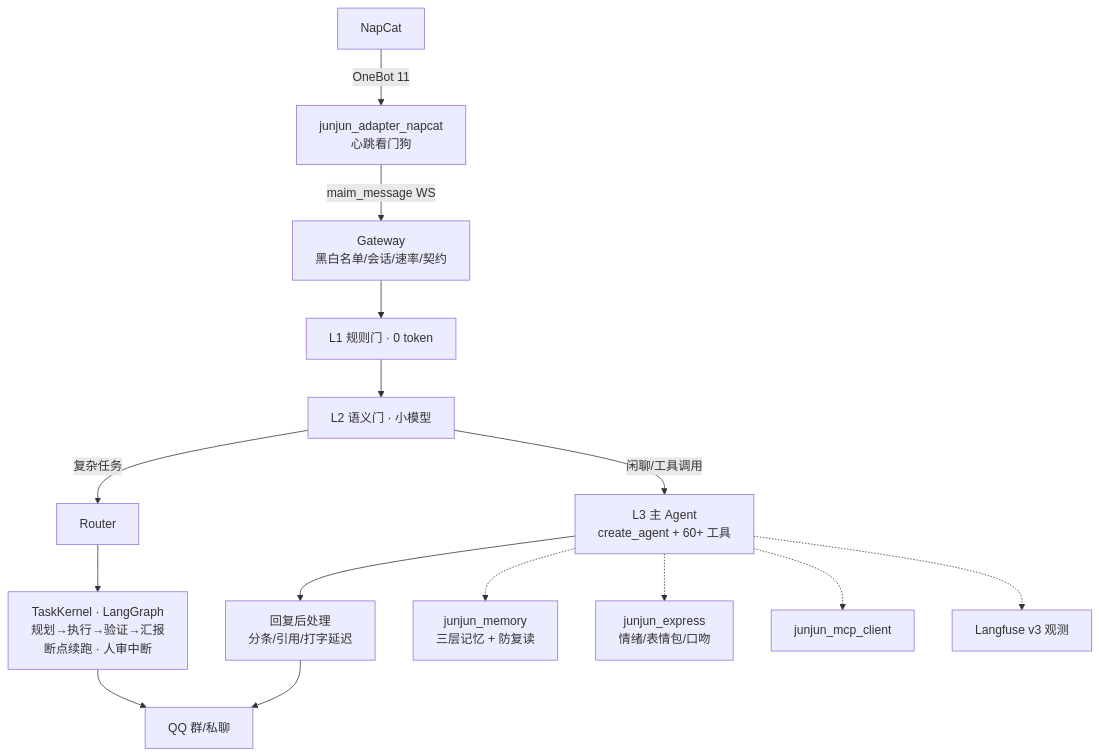
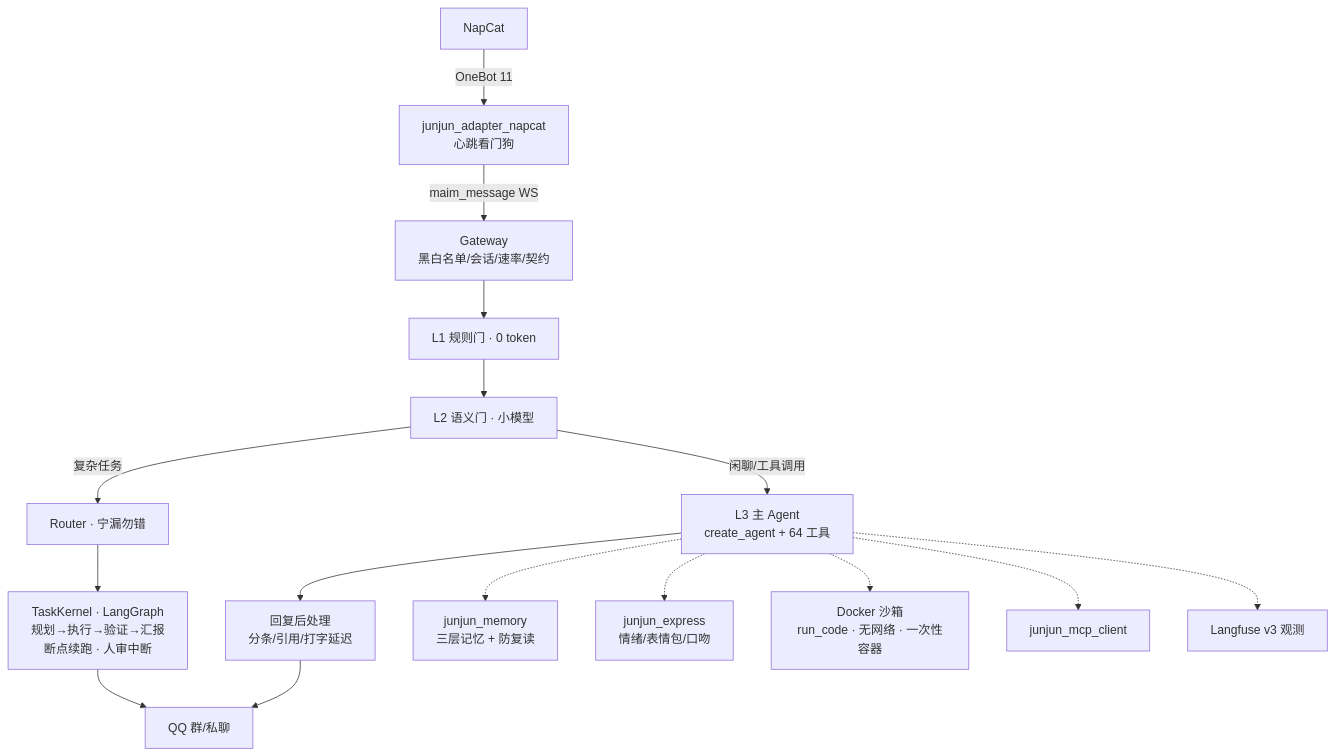
The diagram in README.md (wenjinqing/JunJun_Agent), drawn with Mermaid before and after one commit. The commit also changed other lines of this file, not shown here.

````diff
--- a/README.md
+++ b/README.md
@@ -9,17 +20,18 @@
 ```mermaid
 flowchart TD
     NC[NapCat] -->|OneBot 11| AD[junjun_adapter_napcat<br/>心跳看门狗]
     AD -->|maim_message WS| GW[Gateway<br/>黑白名单/会话/速率/契约]
     GW --> L1[L1 规则门 · 0 token]
     L1 --> L2[L2 语义门 · 小模型]
-    L2 -->|闲聊/工具调用| L3[L3 主 Agent<br/>create_agent + 60+ 工具]
-    L2 -->|复杂任务| RT[Router]
+    L2 -->|闲聊/工具调用| L3[L3 主 Agent<br/>create_agent + 64 工具]
+    L2 -->|复杂任务| RT[Router · 宁漏勿错]
     RT --> TK[TaskKernel · LangGraph<br/>规划→执行→验证→汇报<br/>断点续跑 · 人审中断]
     L3 --> PP[回复后处理<br/>分条/引用/打字延迟]
     TK --> QQ[QQ 群/私聊]
     PP --> QQ
     L3 -.-> MEM[junjun_memory<br/>三层记忆 + 防复读]
     L3 -.-> EXP[junjun_express<br/>情绪/表情包/口吻]
+    L3 -.-> SBX[Docker 沙箱<br/>run_code · 无网络 · 一次性容器]
     L3 -.-> MCP[junjun_mcp_client]
     L3 -.-> OBS[Langfuse v3 观测]
 ```
````
